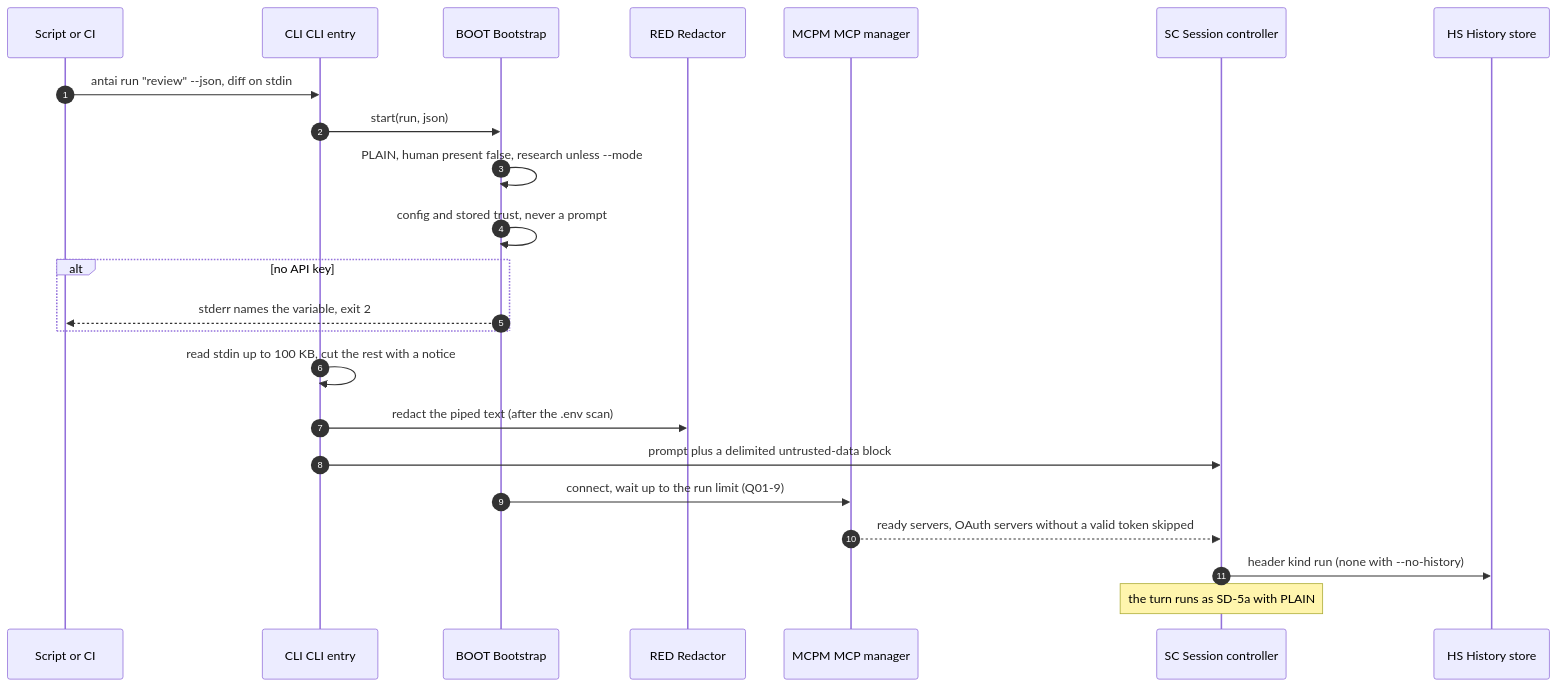
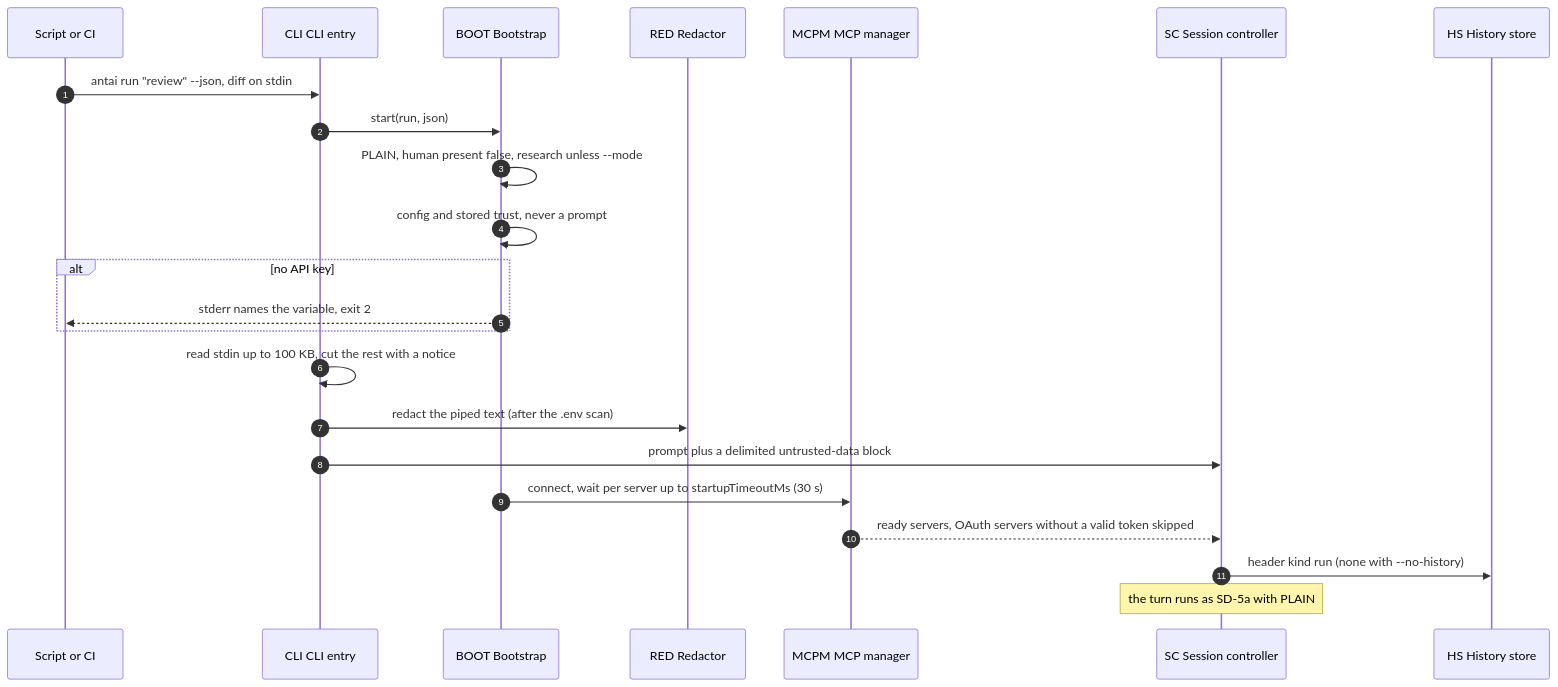
Before and after one commit to Dakshnagpal/antai-agent: diagram 21 of 46 in docs/Deliverables/03_sequence_diagrams.md, drawn with Mermaid. The commit also changed other lines of this file and 18 other files, not shown here.

````diff
--- a/docs/Deliverables/03_sequence_diagrams.md
+++ b/docs/Deliverables/03_sequence_diagrams.md
@@ -1168,25 +1176,25 @@
 ```mermaid
 sequenceDiagram
     autonumber
     participant SCR as Script or CI
     participant CLI as CLI CLI entry
     participant BOOT as BOOT Bootstrap
     participant RED as RED Redactor
     participant MCPM as MCPM MCP manager
     participant SC as SC Session controller
     participant HS as HS History store
     SCR->>CLI: antai run "review" --json, diff on stdin
     CLI->>BOOT: start(run, json)
     BOOT->>BOOT: PLAIN, human present false, research unless --mode
     BOOT->>BOOT: config and stored trust, never a prompt
     alt no API key
         BOOT-->>SCR: stderr names the variable, exit 2
     end
     CLI->>CLI: read stdin up to 100 KB, cut the rest with a notice
     CLI->>RED: redact the piped text (after the .env scan)
     CLI->>SC: prompt plus a delimited untrusted-data block
-    BOOT->>MCPM: connect, wait up to the run limit (Q01-9)
+    BOOT->>MCPM: connect, wait per server up to startupTimeoutMs (30 s)
     MCPM-->>SC: ready servers, OAuth servers without a valid token skipped
     SC->>HS: header kind run (none with --no-history)
     Note over SC: the turn runs as SD-5a with PLAIN
 ```
````
